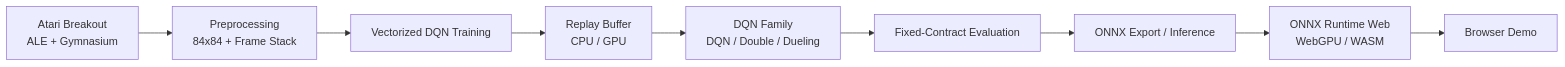
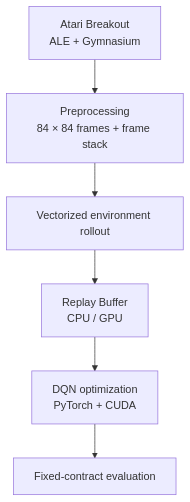
Before and after one commit to Tommyweige/breakout-rl-engineering: the first of 2 diagrams in README.md, drawn with Mermaid. The commit also changed other lines of this file, not shown here.

Commit message:
docs: improve README architecture diagrams

````diff
--- a/README.md
+++ b/README.md
@@ -21,11 +23,11 @@
 ```mermaid
-flowchart LR
-    A[Atari Breakout\nALE + Gymnasium] --> B[Preprocessing\n84x84 + Frame Stack]
-    B --> C[Vectorized DQN Training]
-    C --> D[Replay Buffer\nCPU / GPU]
-    D --> E[DQN Family\nDQN / Double / Dueling]
-    E --> F[Fixed-Contract Evaluation]
-    F --> G[ONNX Export / Inference]
-    G --> H[ONNX Runtime Web\nWebGPU / WASM]
-    H --> I[Browser Demo]
+flowchart TB
+    A["Atari Breakout<br/>ALE + Gymnasium"]
+    B["Preprocessing<br/>84 × 84 frames + frame stack"]
+    C["Vectorized environment rollout"]
+    D["Replay Buffer<br/>CPU / GPU"]
+    E["DQN optimization<br/>PyTorch + CUDA"]
+    F["Fixed-contract evaluation"]
+
+    A --> B --> C --> D --> E --> F
 ```
````
